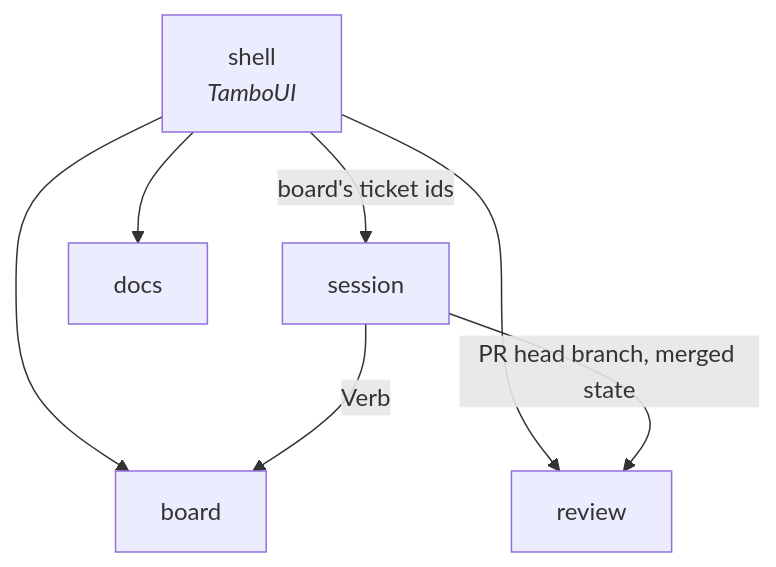
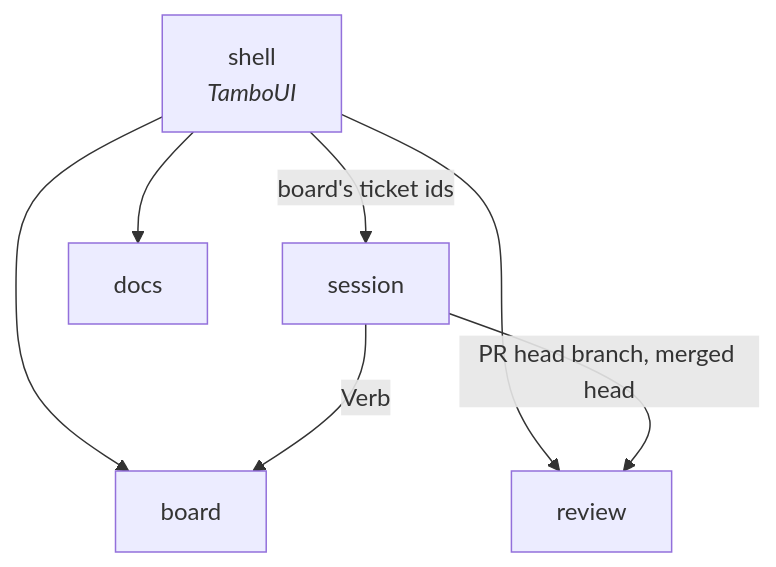
The diagram in docs/context-map.md (maxenceng/lazyclaude), drawn with Mermaid before and after one commit. The commit also changed other lines of this file and 85 other files, not shown here.

````diff
--- a/docs/context-map.md
+++ b/docs/context-map.md
@@ -29,14 +29,14 @@
 ```mermaid
 graph TD
     shell[shell<br/><i>TamboUI</i>]
     board[board]
     session[session]
     review[review]
     docs[docs]
     shell --> board
     shell -- "board's ticket ids" --> session
     shell --> review
     shell --> docs
-    session -- "PR head branch, merged state" --> review
+    session -- "PR head branch, merged head" --> review
     session -- "Verb" --> board
 ```
````
